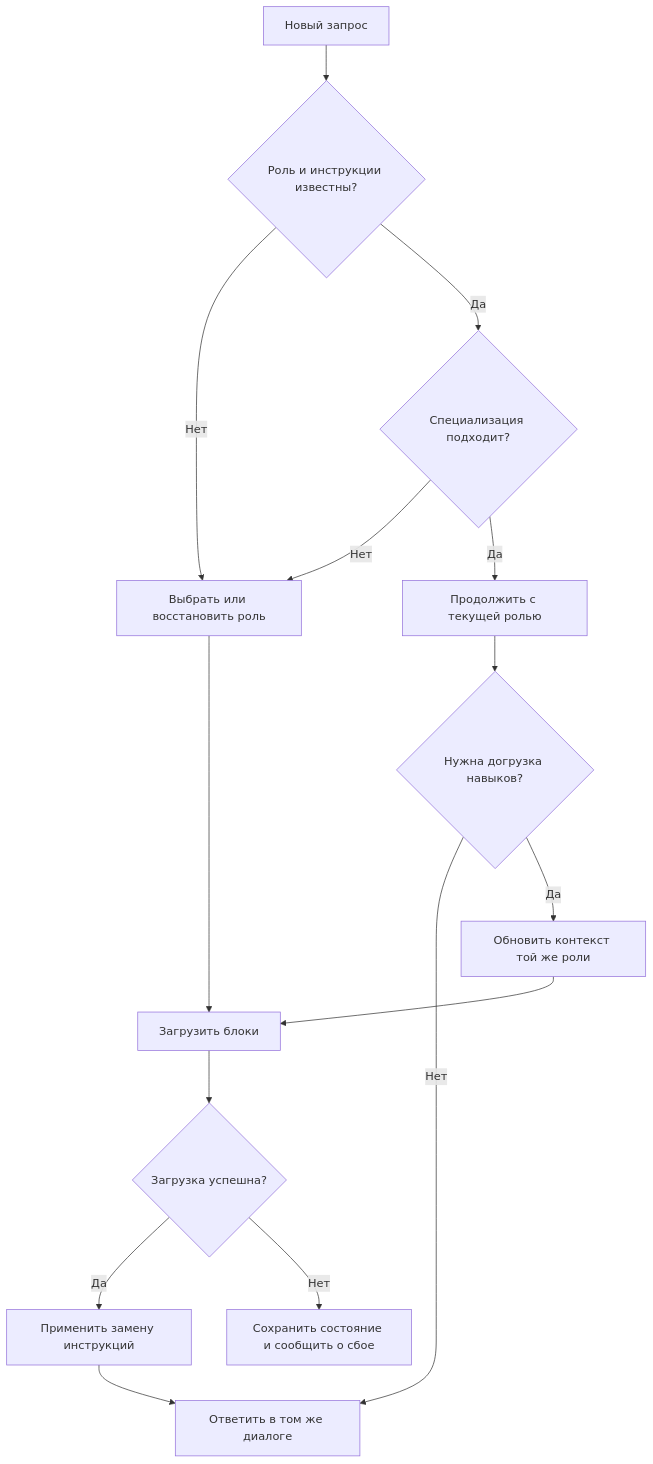
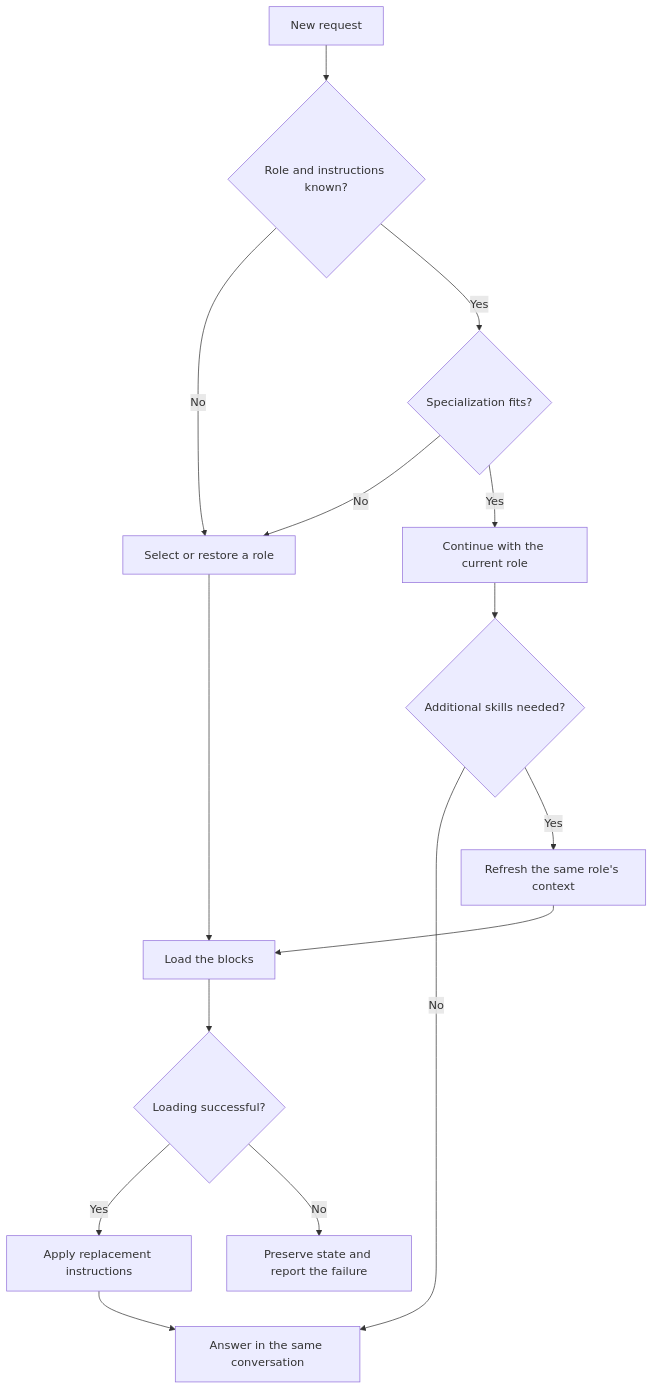
Before and after one commit to IEZhu/Agents: the diagram in docs/persona-switch-plan.md, drawn with Mermaid. The commit also changed other lines of this file and 8 other files, not shown here.

````diff
--- a/docs/persona-switch-plan.md
+++ b/docs/persona-switch-plan.md
@@ -36,17 +38,17 @@
 ```mermaid
 flowchart TD
-    Q[Новый запрос] --> P{Роль и инструкции известны?}
-    P -->|Нет| R[Выбрать или восстановить роль]
-    P -->|Да| F{Специализация подходит?}
-    F -->|Нет| R
-    F -->|Да| K[Продолжить с текущей ролью]
-    K --> N{Нужна догрузка навыков?}
-    N -->|Нет| A[Ответить в том же диалоге]
-    N -->|Да| E[Обновить контекст той же роли]
-    R --> L[Загрузить блоки]
+    Q[New request] --> P{Role and instructions known?}
+    P -->|No| R[Select or restore a role]
+    P -->|Yes| F{Specialization fits?}
+    F -->|No| R
+    F -->|Yes| K[Continue with the current role]
+    K --> N{Additional skills needed?}
+    N -->|No| A[Answer in the same conversation]
+    N -->|Yes| E[Refresh the same role's context]
+    R --> L[Load the blocks]
     E --> L
-    L --> V{Загрузка успешна?}
-    V -->|Да| S[Применить замену инструкций]
+    L --> V{Loading successful?}
+    V -->|Yes| S[Apply replacement instructions]
     S --> A
-    V -->|Нет| X[Сохранить состояние и сообщить о сбое]
+    V -->|No| X[Preserve state and report the failure]
 ```
````
